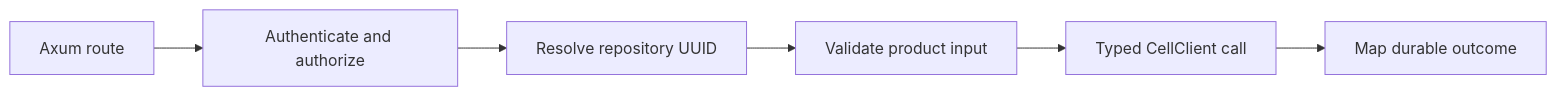
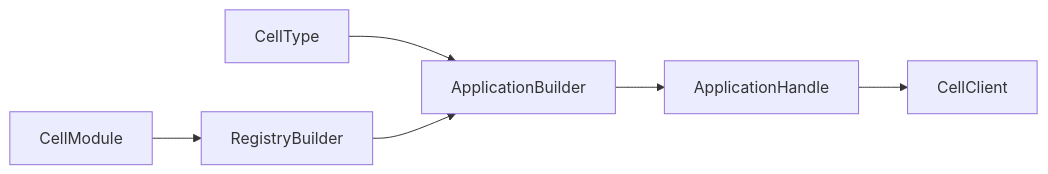
The diagram in crates/cellule-runtime/docs/rust-api.md (andypeng2015/cellule), drawn with Mermaid before and after one commit. The commit also changed other lines of this file and 181 other files, not shown here.

````diff
--- a/crates/cellule-runtime/docs/rust-api.md
+++ b/crates/cellule-runtime/docs/rust-api.md
@@ -235,11 +7,8 @@
 ```mermaid
 flowchart LR
-    Route[Axum route]
-    Auth[Authenticate and authorize]
-    Resolve[Resolve repository UUID]
-    Input[Validate product input]
-    Client[Typed CellClient call]
-    Response[Map durable outcome]
-
-    Route --> Auth --> Resolve --> Input --> Client --> Response
+    Module[CellModule] --> Registry[RegistryBuilder]
+    Topology[CellType] --> Application[ApplicationBuilder]
+    Registry --> Application
+    Application --> Handle[ApplicationHandle]
+    Handle --> Client[CellClient]
 ```
````
